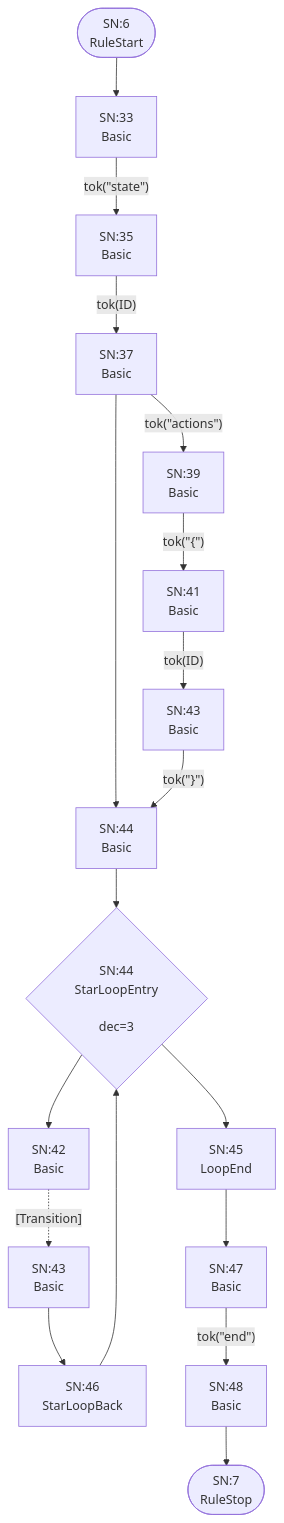
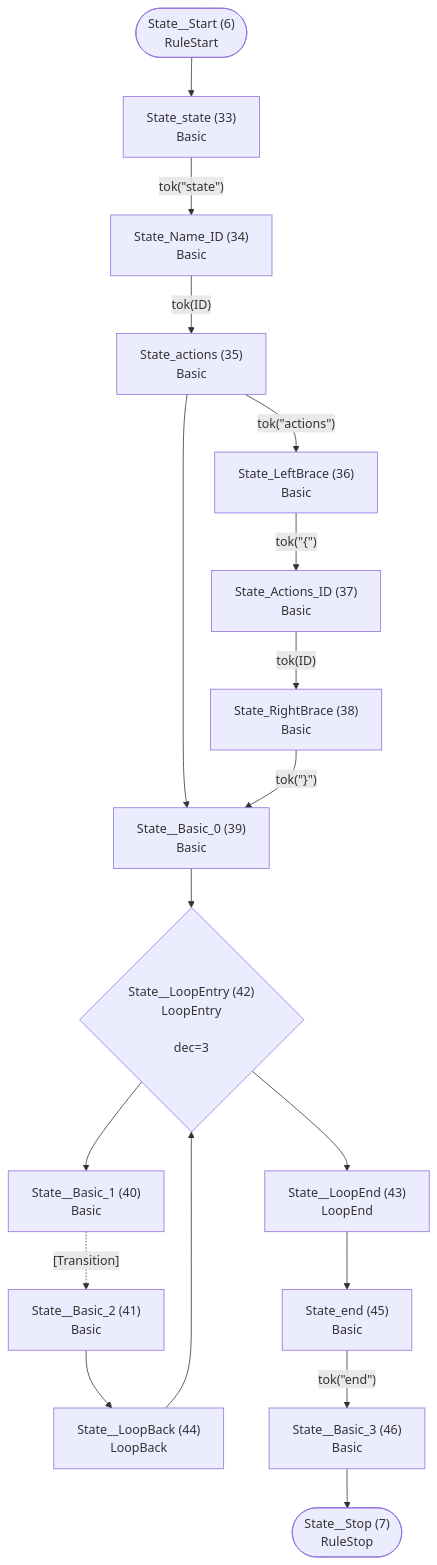
Before and after one commit to TypeFox/fastbelt: the fourth of 5 diagrams in examples/statemachine/atn.md, drawn with Mermaid. The commit also changed other lines of this file and 26 other files, not shown here.

````diff
--- a/examples/statemachine/atn.md
+++ b/examples/statemachine/atn.md
@@ -86,37 +86,37 @@
 ```mermaid
 flowchart TD
-    q6(["SN:6<br/>RuleStart"])
-    q7(["SN:7<br/>RuleStop"])
-    q33["SN:33<br/>Basic<br/>"]
-    q34["SN:35<br/>Basic<br/>"]
-    q35["SN:37<br/>Basic<br/>"]
-    q36["SN:39<br/>Basic<br/>"]
-    q37["SN:41<br/>Basic<br/>"]
-    q38["SN:43<br/>Basic<br/>"]
-    q39["SN:44<br/>Basic<br/>"]
-    q40["SN:42<br/>Basic<br/>"]
-    q41["SN:43<br/>Basic<br/>"]
-    q42{"SN:44<br/>StarLoopEntry<br/><br/>dec=3"}
-    q43["SN:45<br/>LoopEnd<br/>"]
-    q44["SN:46<br/>StarLoopBack<br/>"]
-    q45["SN:47<br/>Basic<br/>"]
-    q46["SN:48<br/>Basic<br/>"]
+    q6(["State__Start (6)<br/>RuleStart"])
+    q7(["State__Stop (7)<br/>RuleStop"])
+    q33["State_state (33)<br/>Basic<br/>"]
+    q34["State_Name_ID (34)<br/>Basic<br/>"]
+    q35["State_actions (35)<br/>Basic<br/>"]
+    q36["State_LeftBrace (36)<br/>Basic<br/>"]
+    q37["State_Actions_ID (37)<br/>Basic<br/>"]
+    q38["State_RightBrace (38)<br/>Basic<br/>"]
+    q39["State__Basic_0 (39)<br/>Basic<br/>"]
+    q40["State__Basic_1 (40)<br/>Basic<br/>"]
+    q41["State__Basic_2 (41)<br/>Basic<br/>"]
+    q42{"State__LoopEntry (42)<br/>LoopEntry<br/><br/>dec=3"}
+    q43["State__LoopEnd (43)<br/>LoopEnd<br/>"]
+    q44["State__LoopBack (44)<br/>LoopBack<br/>"]
+    q45["State_end (45)<br/>Basic<br/>"]
+    q46["State__Basic_3 (46)<br/>Basic<br/>"]
 
     q6 --> q33
     q33 -->|"tok(&quot;state&quot;)"| q34
     q34 -->|"tok(ID)"| q35
     q35 -->|"tok(&quot;actions&quot;)"| q36
     q35 --> q39
     q36 -->|"tok(&quot;{&quot;)"| q37
     q37 -->|"tok(ID)"| q38
     q38 -->|"tok(&quot;}&quot;)"| q39
     q39 --> q42
     q40 -.->|"[Transition]"| q41
     q41 --> q44
     q42 --> q40
     q42 --> q43
     q43 --> q45
     q44 --> q42
     q45 -->|"tok(&quot;end&quot;)"| q46
     q46 --> q7
 ```
````
